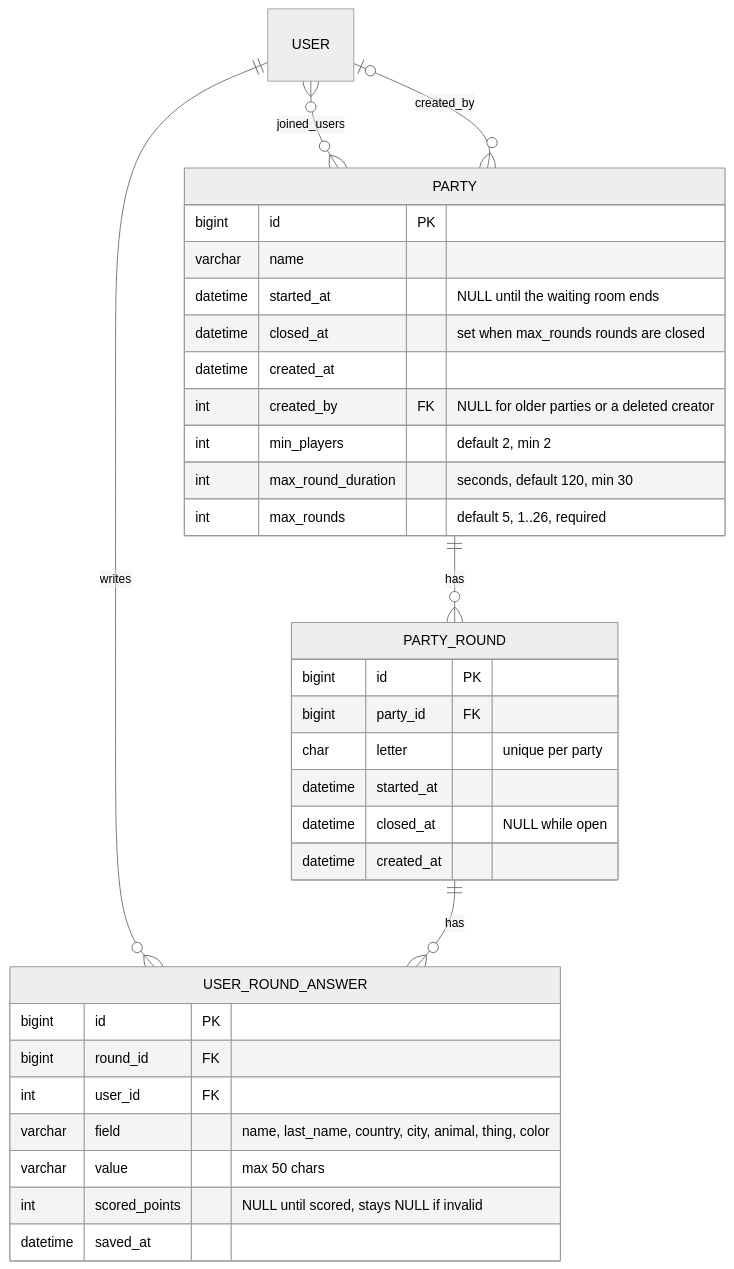
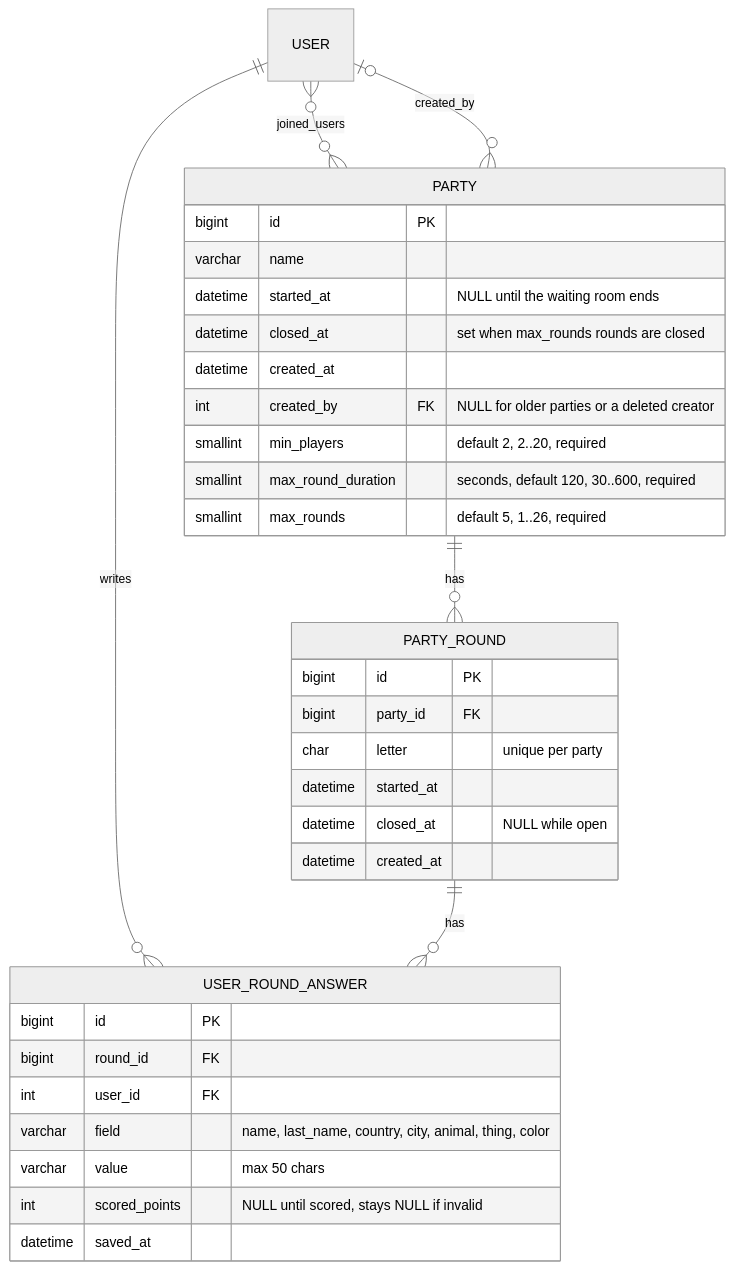
Before and after one commit to DanielGnzlzVll/AACX: the fifth of 5 diagrams in docs/architecture.md, drawn with Mermaid (neutral theme). The commit also changed other lines of this file and 6 other files, not shown here.

````diff
--- a/docs/architecture.md
+++ b/docs/architecture.md
@@ -245,37 +245,37 @@
 ```mermaid
 erDiagram
     USER ||--o{ USER_ROUND_ANSWER : writes
     USER }o--o{ PARTY : "joined_users"
     USER |o--o{ PARTY : "created_by"
     PARTY ||--o{ PARTY_ROUND : has
     PARTY_ROUND ||--o{ USER_ROUND_ANSWER : has
 
     PARTY {
         bigint id PK
         varchar name
         datetime started_at "NULL until the waiting room ends"
         datetime closed_at "set when max_rounds rounds are closed"
         datetime created_at
         int created_by FK "NULL for older parties or a deleted creator"
-        int min_players "default 2, min 2"
-        int max_round_duration "seconds, default 120, min 30"
-        int max_rounds "default 5, 1..26, required"
+        smallint min_players "default 2, 2..20, required"
+        smallint max_round_duration "seconds, default 120, 30..600, required"
+        smallint max_rounds "default 5, 1..26, required"
     }
     PARTY_ROUND {
         bigint id PK
         bigint party_id FK
         char letter "unique per party"
         datetime started_at
         datetime closed_at "NULL while open"
         datetime created_at
     }
     USER_ROUND_ANSWER {
         bigint id PK
         bigint round_id FK
         int user_id FK
         varchar field "name, last_name, country, city, animal, thing, color"
         varchar value "max 50 chars"
         int scored_points "NULL until scored, stays NULL if invalid"
         datetime saved_at
     }
 ```
````
